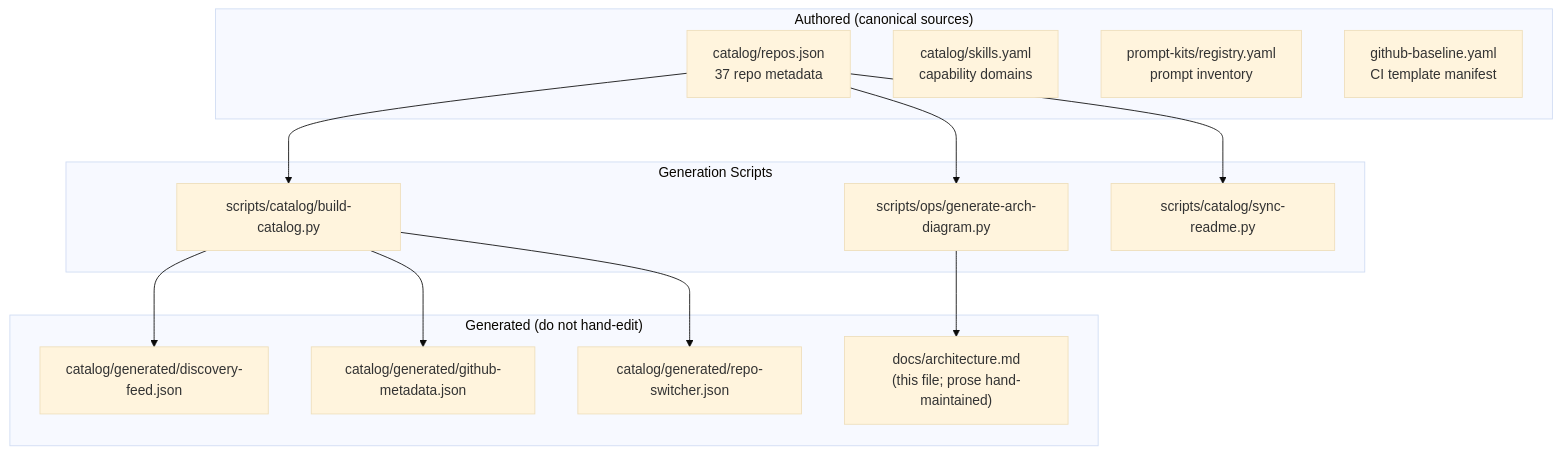
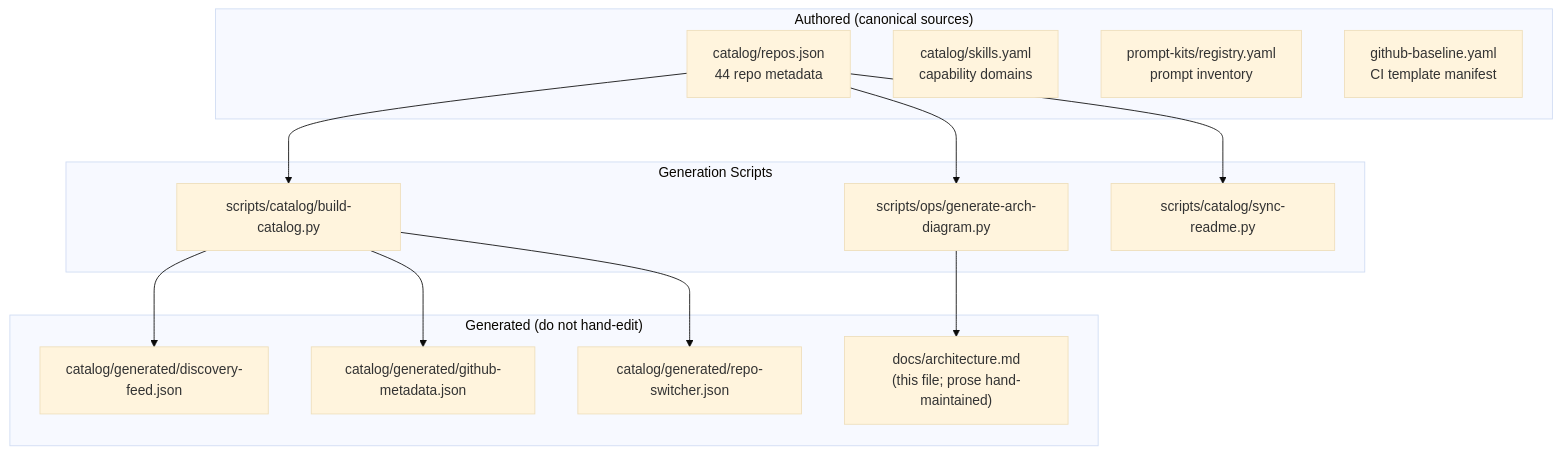
Before and after one commit to alawein/alawein: the fifth of 6 diagrams in docs/architecture.md, drawn with Mermaid (base theme). The commit also changed other lines of this file and 21 other files, not shown here.

````diff
--- a/docs/architecture.md
+++ b/docs/architecture.md
@@ -160,26 +162,26 @@
 ```mermaid
 graph TD
   subgraph authored["Authored (canonical sources)"]
-    repos_json["catalog/repos.json\n37 repo metadata"]
+    repos_json["catalog/repos.json\n44 repo metadata"]
     skills_yaml["catalog/skills.yaml\ncapability domains"]
     pk_registry["prompt-kits/registry.yaml\nprompt inventory"]
     baseline["github-baseline.yaml\nCI template manifest"]
   end
 
   subgraph generated["Generated (do not hand-edit)"]
     disc["catalog/generated/discovery-feed.json"]
     gh_meta["catalog/generated/github-metadata.json"]
     switcher["catalog/generated/repo-switcher.json"]
     arch_md["docs/architecture.md\n(this file; prose hand-maintained)"]
   end
 
   subgraph scripts["Generation Scripts"]
     build_cat["scripts/catalog/build-catalog.py"]
     gen_arch["scripts/ops/generate-arch-diagram.py"]
     sync_readme["scripts/catalog/sync-readme.py"]
   end
 
   repos_json --> build_cat --> disc & gh_meta & switcher
   repos_json --> gen_arch --> arch_md
   repos_json --> sync_readme
 ```
````
